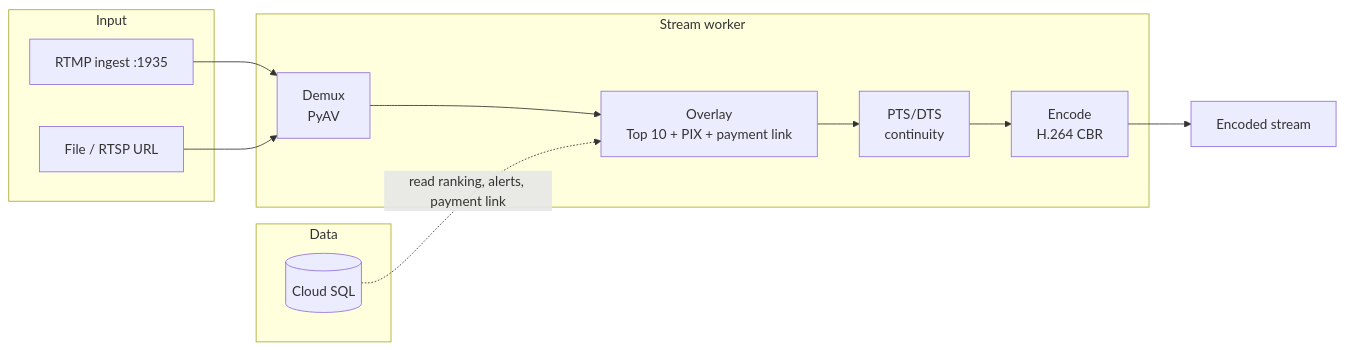
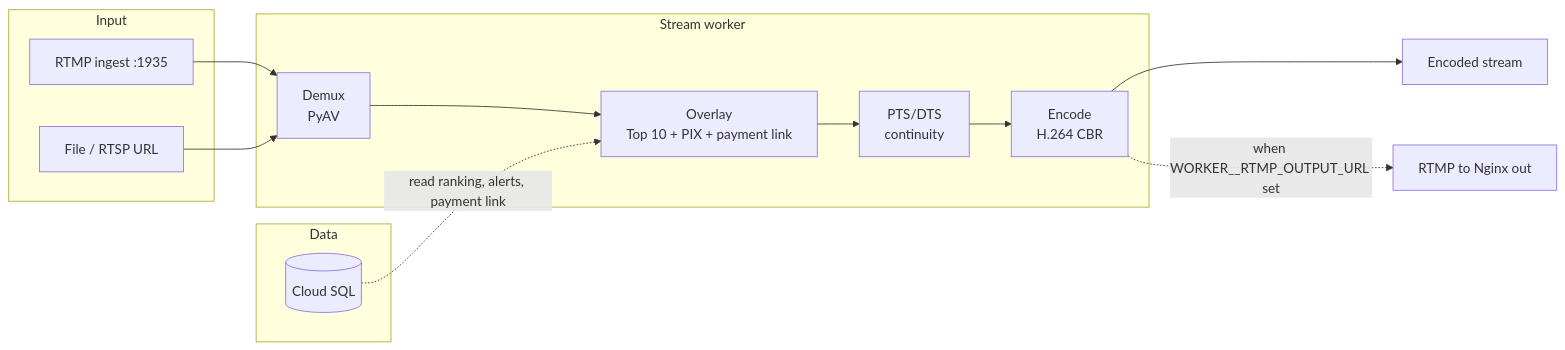
Before and after one commit to iklobato/donatik-tube: the second of 5 diagrams in README.md, drawn with Mermaid. The commit also changed other lines of this file and 3 other files, not shown here.

````diff
--- a/README.md
+++ b/README.md
@@ -61,24 +63,25 @@
 ```mermaid
 flowchart LR
     subgraph Input
         RTMP[RTMP ingest :1935]
         FILE[File / RTSP URL]
     end
 
     subgraph Worker["Stream worker"]
         DEMUX[Demux<br/>PyAV]
         OVERLAY[Overlay<br/>Top 10 + PIX + payment link]
         PTS[PTS/DTS<br/>continuity]
         ENC[Encode<br/>H.264 CBR]
         DEMUX --> OVERLAY --> PTS --> ENC
     end
 
     subgraph Data
         DB[(Cloud SQL)]
         DB -.->|read ranking, alerts, payment link| OVERLAY
     end
 
     RTMP --> DEMUX
     FILE --> DEMUX
     ENC --> OUT[Encoded stream]
+    ENC -.->|when WORKER__RTMP_OUTPUT_URL set| RTMPOUT[RTMP to Nginx out]
 ```
````
